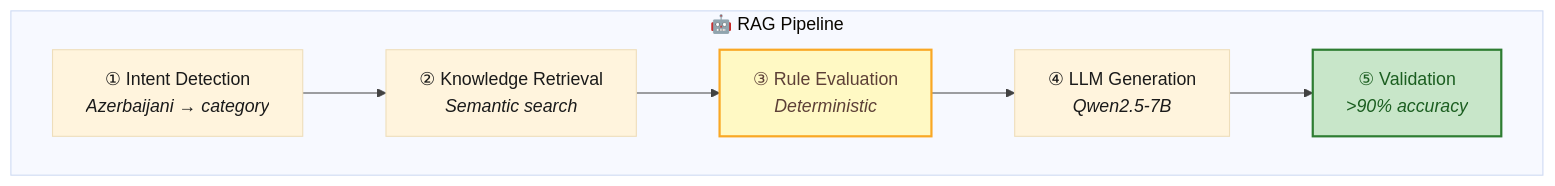
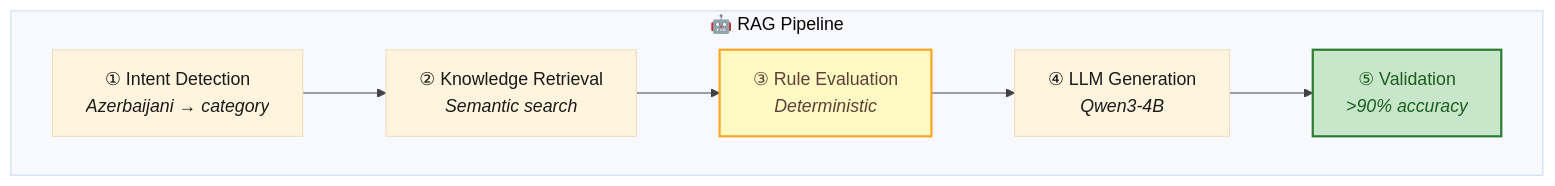
One commit to Px8Studio/yonja changed diagram 11 of 21 in docs/zekalab/03-ARCHITECTURE.md. Above: the diagram before and after it, drawn with Mermaid. The commit also changed other lines of this file and 9 other files, not shown here.

````diff
--- a/docs/zekalab/03-ARCHITECTURE.md
+++ b/docs/zekalab/03-ARCHITECTURE.md
@@ -522,16 +522,16 @@
 ```mermaid
 %%{init: {'theme': 'base', 'themeVariables': { 'primaryTextColor': '#1a1a1a', 'lineColor': '#424242'}}}%%
 flowchart TB
     subgraph pipeline["🤖 RAG Pipeline"]
         step1["① Intent Detection<br/><i>Azerbaijani → category</i>"]
         step2["② Knowledge Retrieval<br/><i>Semantic search</i>"]
         step3["③ Rule Evaluation<br/><i>Deterministic</i>"]
-        step4["④ LLM Generation<br/><i>Qwen2.5-7B</i>"]
+        step4["④ LLM Generation<br/><i>Qwen3-4B</i>"]
         step5["⑤ Validation<br/><i>>90% accuracy</i>"]
         
         step1 --> step2 --> step3 --> step4 --> step5
     end
     
     style step3 fill:#fff9c4,stroke:#f9a825,stroke-width:2px,color:#5d4037
     style step5 fill:#c8e6c9,stroke:#2e7d32,stroke-width:2px,color:#1b5e20
 ```
````
